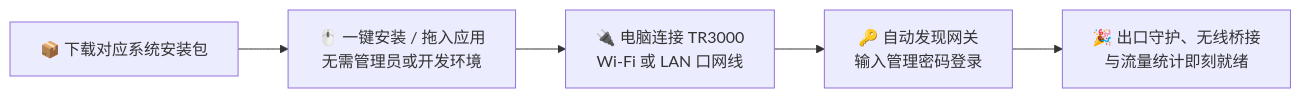
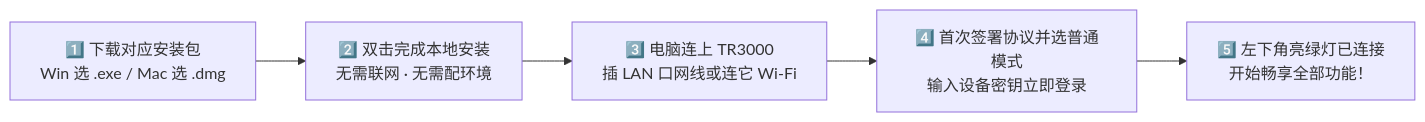
Before and after one commit to 2014-y/Guardline-Status: the first of 3 diagrams in README.md, drawn with Mermaid. The commit also changed other lines of this file and 19 other files, not shown here.

````diff
--- a/README.md
+++ b/README.md
@@ -136,7 +122,7 @@
 ```mermaid
 flowchart LR
-    A["📦 下载对应系统安装包"] --> B["🖱️ 一键安装 / 拖入应用<br/>无需管理员或开发环境"]
-    B --> C["🔌 电脑连接 TR3000<br/>Wi‑Fi 或 LAN 口网线"]
-    C --> D["🔑 自动发现网关<br/>输入管理密码登录"]
-    D --> E["🎉 出口守护、无线桥接<br/>与流量统计即刻就绪"]
+    S1["1️⃣ 下载对应安装包<br/>Win 选 .exe / Mac 选 .dmg"] --> S2["2️⃣ 双击完成本地安装<br/>无需联网 · 无需配环境"]
+    S2 --> S3["3️⃣ 电脑连上 TR3000<br/>插 LAN 口网线或连它 Wi‑Fi"]
+    S3 --> S4["4️⃣ 首次签署协议并选普通模式<br/>输入设备密钥立即登录"]
+    S4 --> S5["5️⃣ 左下角亮绿灯已连接<br/>开始畅享全部功能！"]
 ```
````
